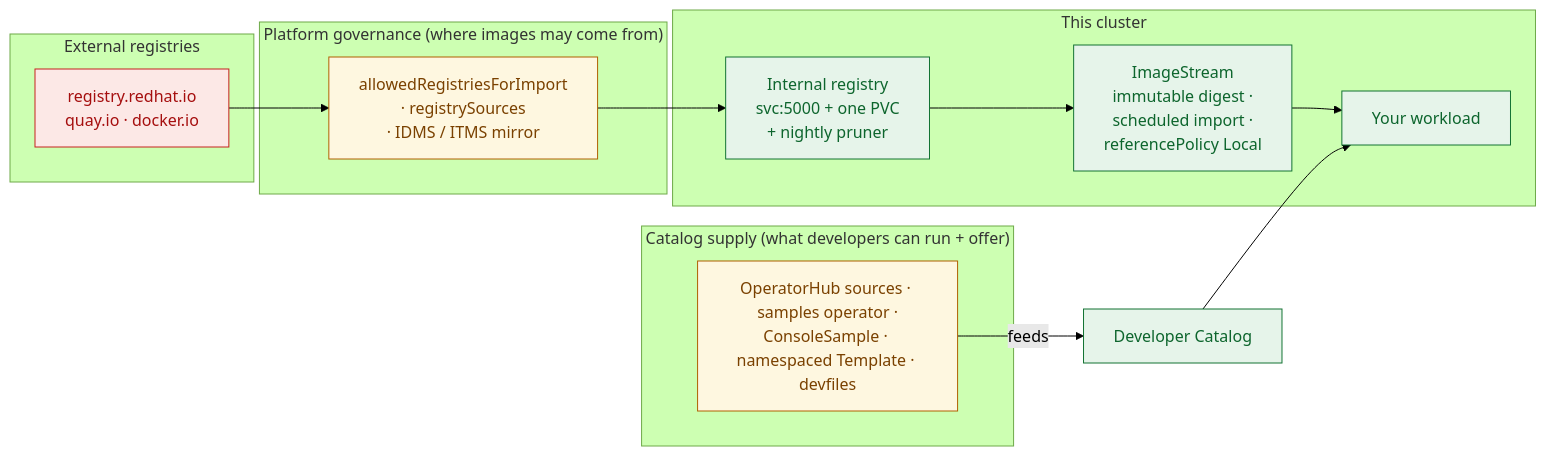
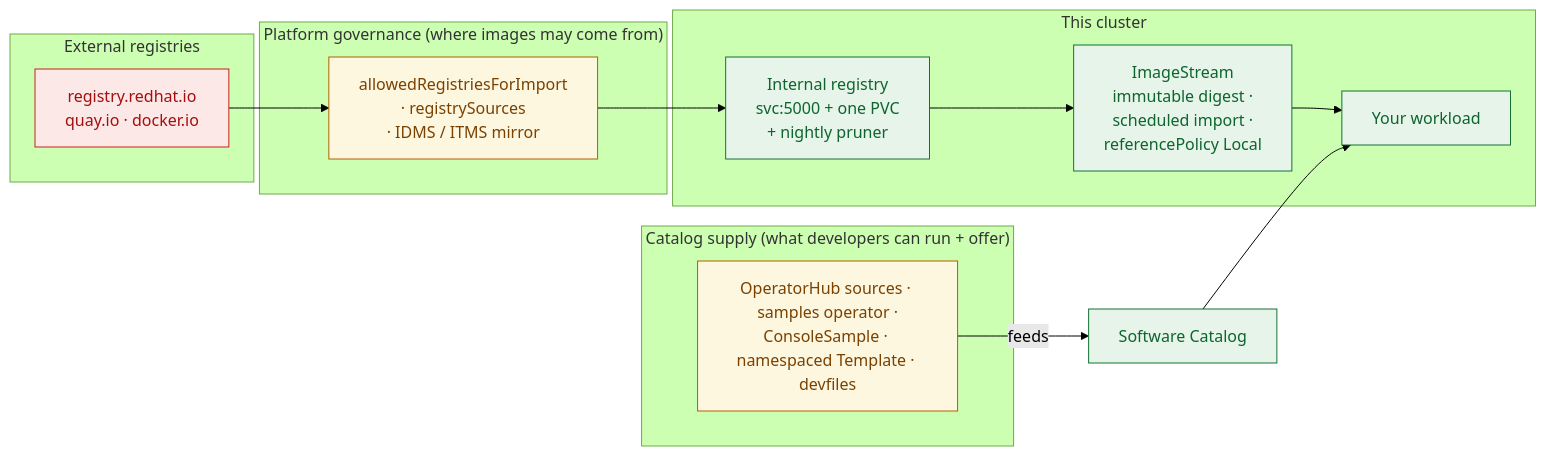
Before and after one commit to serhat-dirik/OCP-Getting-Started-Revamped: the diagram in content/modules/ROOT/examples/diagrams/registry-images-catalog-governance/01-two-supply-chains.mmd, drawn with Mermaid (forest theme). The commit also changed 4 other files, not shown here.

First line of the commit message:
fix(diagrams): two diagrams still labelled the console's catalog 'Developer Catalog'

```diff
--- a/content/modules/ROOT/examples/diagrams/registry-images-catalog-governance/01-two-supply-chains.mmd
+++ b/content/modules/ROOT/examples/diagrams/registry-images-catalog-governance/01-two-supply-chains.mmd
@@ -1,23 +1,23 @@
 graph LR
   subgraph ext["External registries"]
     q["registry.redhat.io<br/>quay.io · docker.io"]
   end
   subgraph gov["Platform governance (where images may come from)"]
     allow["allowedRegistriesForImport<br/>· registrySources<br/>· IDMS / ITMS mirror"]
   end
   subgraph cluster["This cluster"]
     reg["Internal registry<br/>svc:5000 + one PVC<br/>+ nightly pruner"]
     is["ImageStream<br/>immutable digest ·<br/>scheduled import ·<br/>referencePolicy Local"]
     wl["Your workload"]
   end
   q --> allow --> reg --> is --> wl
   subgraph catalog["Catalog supply (what developers can run + offer)"]
     src["OperatorHub sources · samples operator ·<br/>ConsoleSample · namespaced Template · devfiles"]
   end
-  src -->|"feeds"| dcat["Developer Catalog"]
+  src -->|"feeds"| dcat["Software Catalog"]
   dcat --> wl
   classDef e fill:#fce8e6,stroke:#c5221f,color:#a50e0e;
   classDef g fill:#fef7e0,stroke:#b06000,color:#7a4100;
   classDef c fill:#e6f4ea,stroke:#137333,color:#0d652d;
   classDef k fill:#e8eaf6,stroke:#3949ab,color:#1a237e;
   class q e; class allow,src g; class reg,is,wl,dcat c;
```
